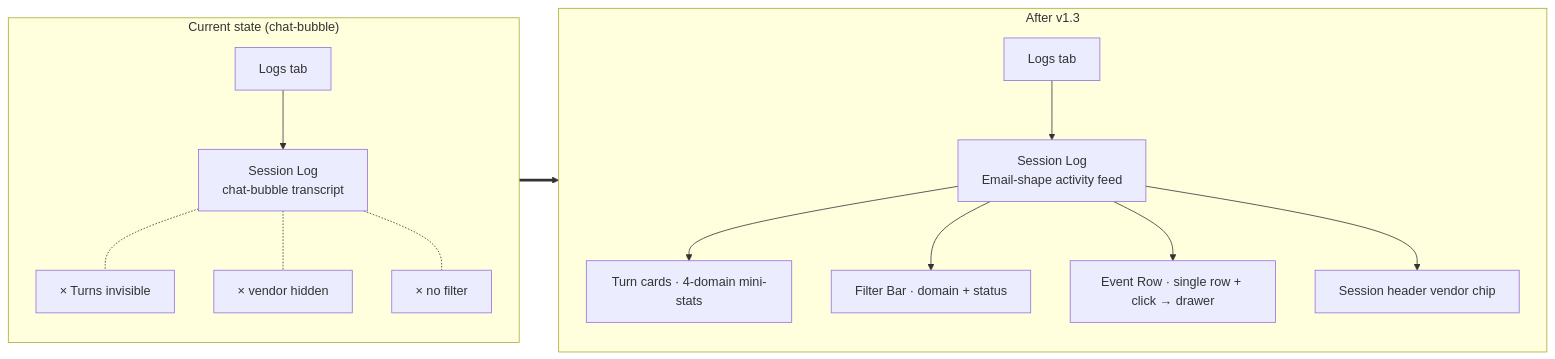
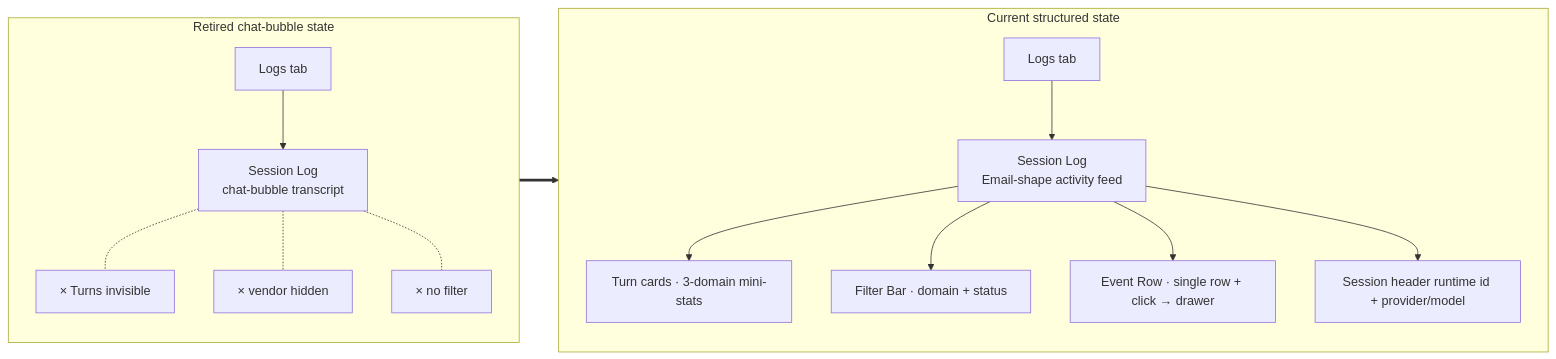
The second of 2 diagrams in docs/prd/session-log.md (langgenius/mosoo), drawn with Mermaid before and after one commit. The commit also changed other lines of this file and 66 other files, not shown here.

````diff
--- a/docs/prd/session-log.md
+++ b/docs/prd/session-log.md
@@ -87,19 +103,19 @@
 ```mermaid
 flowchart LR
-  subgraph Before["Current state (chat-bubble)"]
+  subgraph Before["Retired chat-bubble state"]
     BTab[Logs tab]
     BTab --> BSL[Session Log<br/>chat-bubble transcript]
     BSL -.- BMiss[× Turns invisible]
     BSL -.- BMiss2[× vendor hidden]
     BSL -.- BMiss3[× no filter]
   end
-  subgraph After["After v1.3"]
+  subgraph After["Current structured state"]
     ATab[Logs tab]
     ATab --> ASL[Session Log<br/>Email-shape activity feed]
-    ASL --> AT1[Turn cards · 4-domain mini-stats]
+    ASL --> AT1[Turn cards · 3-domain mini-stats]
     ASL --> AT2[Filter Bar · domain + status]
     ASL --> AT3[Event Row · single row + click → drawer]
-    ASL --> AT4[Session header vendor chip]
+    ASL --> AT4[Session header runtime id + provider/model]
   end
   Before ==> After
 ```
````
